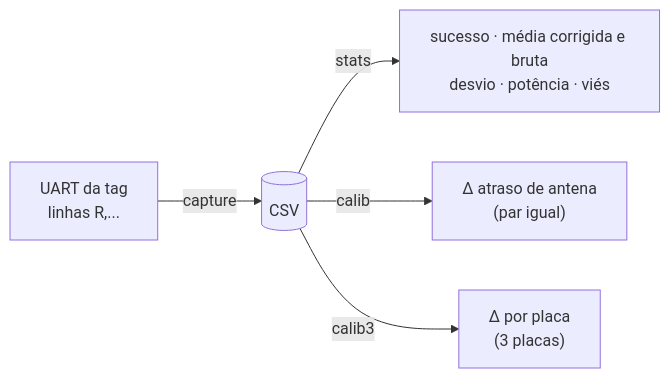
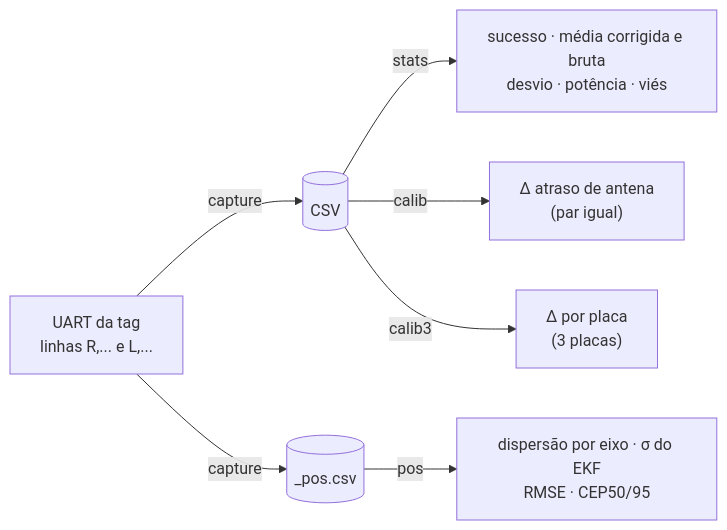
Before and after one commit to MauroTony/dwm1001-rtls-fw: diagram 11 of 15 in docs/09-guia-do-codigo.md, drawn with Mermaid. The commit also changed other lines of this file and 4 other files, not shown here.

````diff
--- a/docs/09-guia-do-codigo.md
+++ b/docs/09-guia-do-codigo.md
@@ -408,7 +442,9 @@
 ```mermaid
 flowchart LR
-    uart["UART da tag<br/>linhas R,..."] -->|capture| csv[("CSV")]
+    uart["UART da tag<br/>linhas R,... e L,..."] -->|capture| csv[("CSV")]
+    uart -->|capture| pcsv[("_pos.csv")]
     csv -->|stats| s["sucesso · média corrigida e bruta<br/>desvio · potência · viés"]
+    pcsv -->|pos| ps["dispersão por eixo · σ do EKF<br/>RMSE · CEP50/95"]
     csv -->|calib| c1["Δ atraso de antena<br/>(par igual)"]
     csv -->|calib3| c3["Δ por placa<br/>(3 placas)"]
 ```
````
